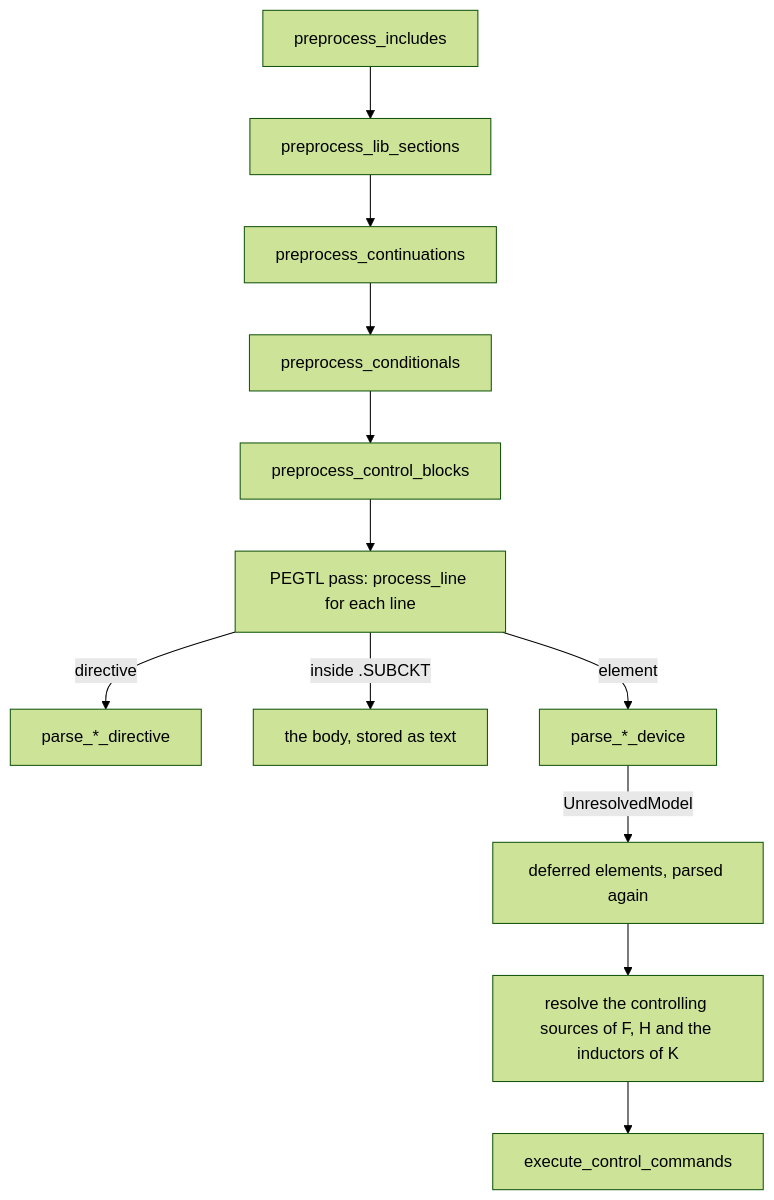
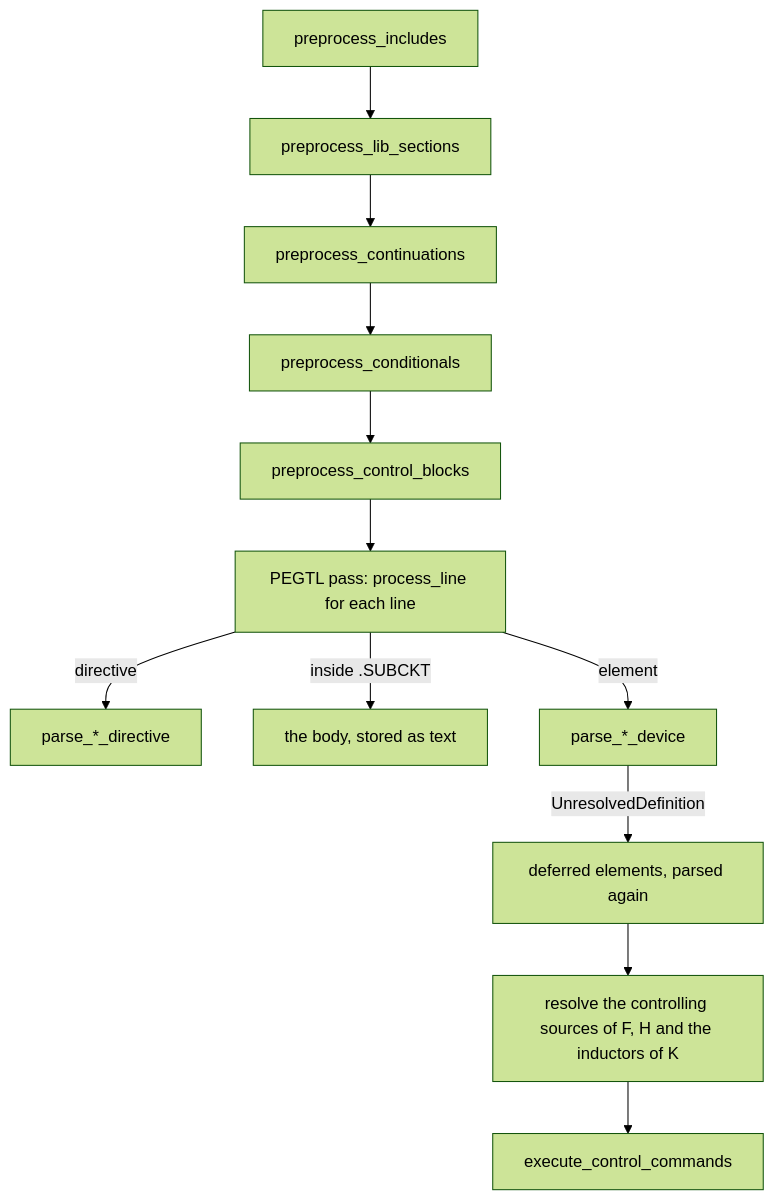
One commit to kurochan001/kirimaspice changed the second of 3 diagrams in docs/ARCHITECTURE.md. Above: the diagram before and after it, drawn with Mermaid (forest theme). The commit also changed other lines of this file and 5 other files, not shown here.

````diff
--- a/docs/ARCHITECTURE.md
+++ b/docs/ARCHITECTURE.md
@@ -130,12 +130,12 @@
 ```mermaid
 flowchart TD
   A[preprocess_includes] --> B[preprocess_lib_sections] --> C[preprocess_continuations]
   C --> D[preprocess_conditionals] --> E[preprocess_control_blocks]
   E --> G["PEGTL pass: process_line for each line"]
   G -->|directive| H["parse_*_directive"]
   G -->|inside .SUBCKT| I["the body, stored as text"]
   G -->|element| J["parse_*_device"]
-  J -->|"UnresolvedModel"| K["deferred elements, parsed again"]
+  J -->|"UnresolvedDefinition"| K["deferred elements, parsed again"]
   K --> L["resolve the controlling sources of F, H and the inductors of K"]
   L --> N["execute_control_commands"]
 ```
````
